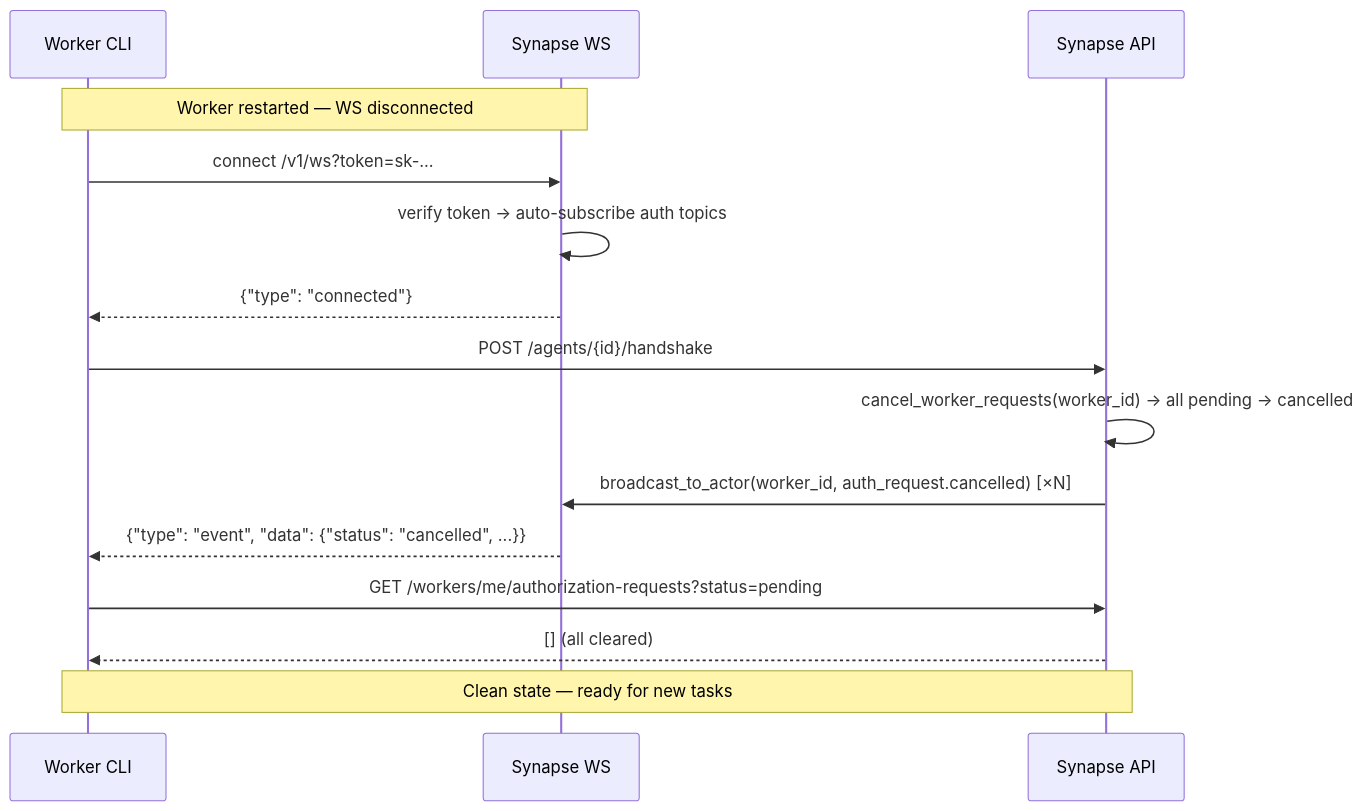
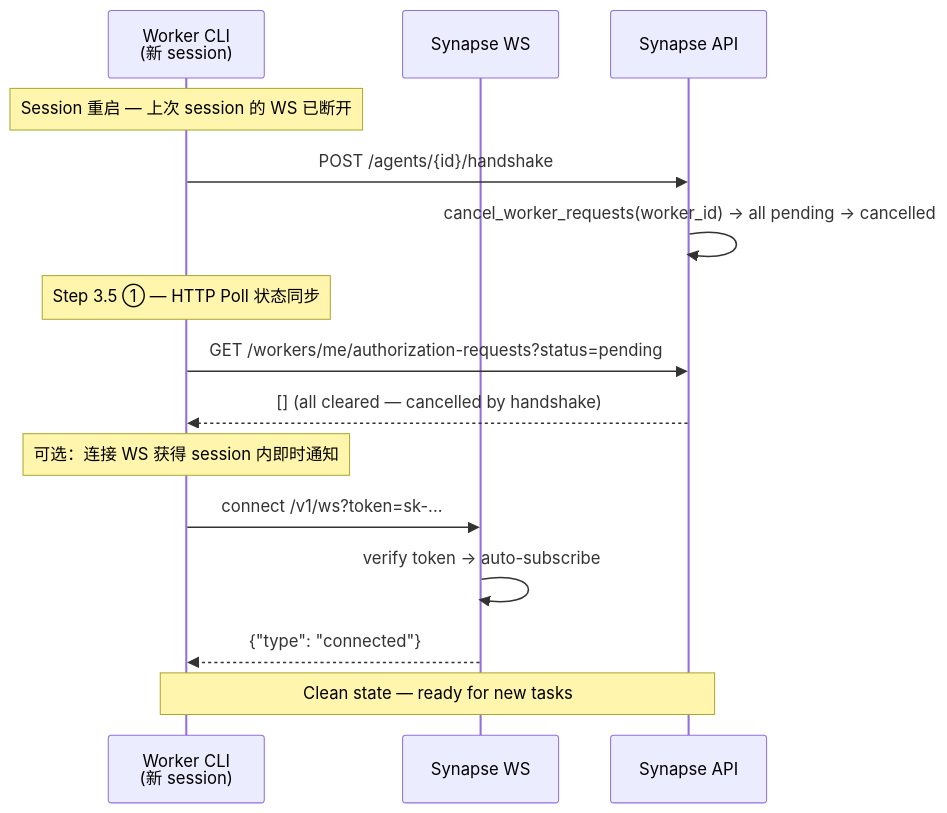
One commit to Coderkunhe/synapse changed the fifth of 5 diagrams in synapse/docs/worker-admin-interaction-flow.md. Above: the diagram before and after it, drawn with Mermaid. The commit also changed other lines of this file and 2 other files, not shown here.

Commit message:
chore(synapse): P11-B28 ✅ 架构文档更新 — worker-admin-interaction-flow.md 双通道重新定位 + 时序图更新 · 5 files · 🟢 微型 (纯文档)

````diff
--- a/synapse/docs/worker-admin-interaction-flow.md
+++ b/synapse/docs/worker-admin-interaction-flow.md
@@ -390,22 +477,23 @@
 ```mermaid
 sequenceDiagram
-    participant CLI as Worker CLI
+    participant CLI as Worker CLI<br/>(新 session)
     participant WS as Synapse WS
     participant API as Synapse API
 
-    Note over CLI,WS: Worker restarted — WS disconnected
-
-    CLI->>WS: connect /v1/ws?token=sk-...
-    WS->>WS: verify token → auto-subscribe auth topics
-    WS-->>CLI: {"type": "connected"}
+    Note over CLI: Session 重启 — 上次 session 的 WS 已断开
 
     CLI->>API: POST /agents/{id}/handshake
     API->>API: cancel_worker_requests(worker_id) → all pending → cancelled
-    API->>WS: broadcast_to_actor(worker_id, auth_request.cancelled) [×N]
-    WS-->>CLI: {"type": "event", "data": {"status": "cancelled", ...}}
+
+    Note over CLI: Step 3.5 ① — HTTP Poll 状态同步
 
     CLI->>API: GET /workers/me/authorization-requests?status=pending
-    API-->>CLI: [] (all cleared)
+    API-->>CLI: [] (all cleared — cancelled by handshake)
+
+    Note over CLI: 可选：连接 WS 获得 session 内即时通知
+    CLI->>WS: connect /v1/ws?token=sk-...
+    WS->>WS: verify token → auto-subscribe
+    WS-->>CLI: {"type": "connected"}
 
     Note over CLI,API: Clean state — ready for new tasks
 ```
````
